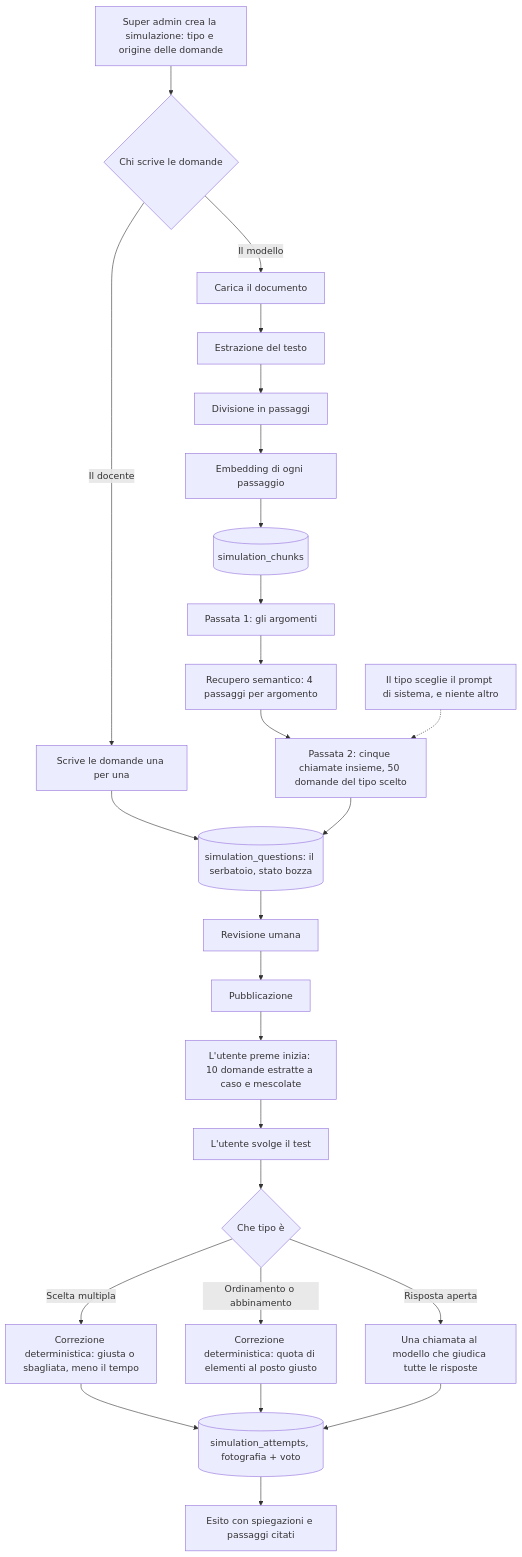
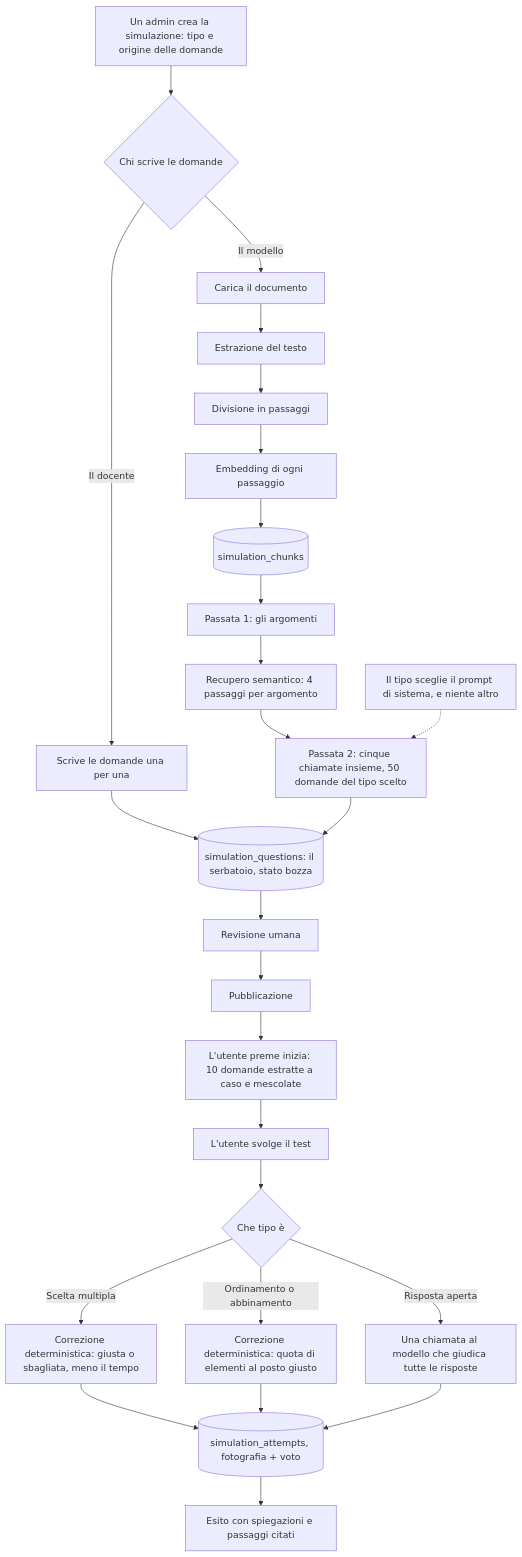
Before and after one commit to DavideZanellato99/SkillLab: the diagram in docs/simulatore.md, drawn with Mermaid. The commit also changed other lines of this file and 20 other files, not shown here.

````diff
--- a/docs/simulatore.md
+++ b/docs/simulatore.md
@@ -151,28 +151,28 @@
 ```mermaid
 flowchart TD
-    A0[Super admin crea la simulazione: tipo e origine delle domande] --> A1{Chi scrive le domande}
+    A0[Un admin crea la simulazione: tipo e origine delle domande] --> A1{Chi scrive le domande}
     A1 -->|Il modello| A[Carica il documento]
     A1 -->|Il docente| A2[Scrive le domande una per una]
     A2 --> I
     A --> B[Estrazione del testo]
     B --> C[Divisione in passaggi]
     C --> D[Embedding di ogni passaggio]
     D --> E[(simulation_chunks)]
     E --> F[Passata 1: gli argomenti]
     F --> G[Recupero semantico: 4 passaggi per argomento]
     G --> H[Passata 2: cinque chiamate insieme, 50 domande del tipo scelto]
     H2[Il tipo sceglie il prompt di sistema, e niente altro] -.-> H
     H --> I[(simulation_questions: il serbatoio, stato bozza)]
     I --> J[Revisione umana]
     J --> K[Pubblicazione]
     K --> R[L'utente preme inizia: 10 domande estratte a caso e mescolate]
     R --> L[L'utente svolge il test]
     L --> M{Che tipo è}
     M -->|Scelta multipla| N[Correzione deterministica: giusta o sbagliata, meno il tempo]
     M -->|Ordinamento o abbinamento| N2[Correzione deterministica: quota di elementi al posto giusto]
     M -->|Risposta aperta| O[Una chiamata al modello che giudica tutte le risposte]
     N --> P[(simulation_attempts, fotografia + voto)]
     N2 --> P
     O --> P
     P --> Q[Esito con spiegazioni e passaggi citati]
 ```
````
